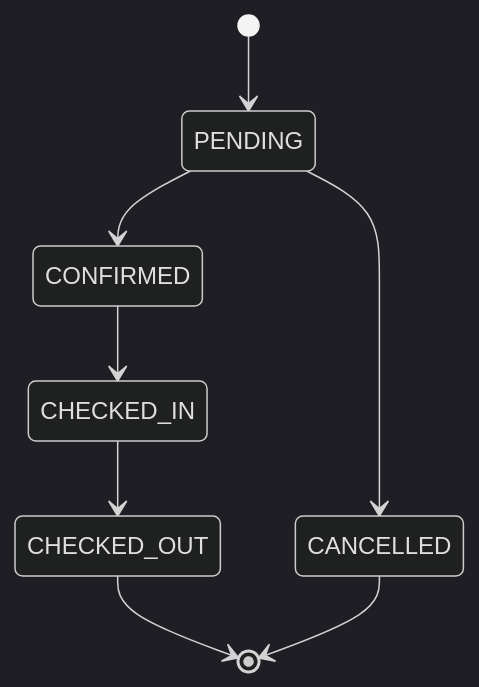
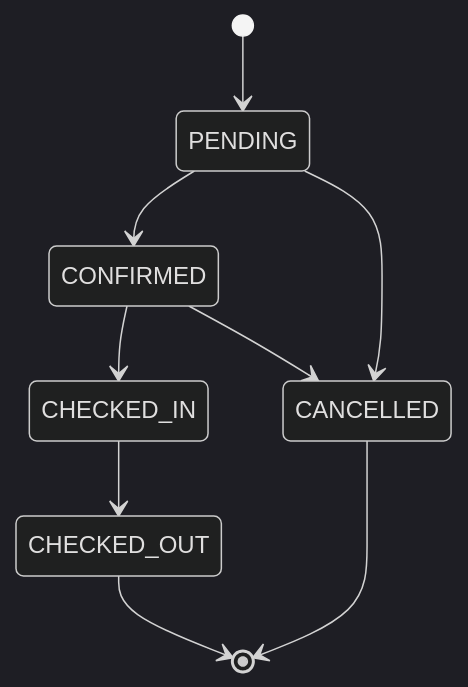
The first of 6 diagrams in docs/event-storming.md (sahdoio/guesthub), drawn with Mermaid (dark theme) before and after one commit. The commit also changed other lines of this file and 145 other files, not shown here.

````diff
--- a/docs/event-storming.md
+++ b/docs/event-storming.md
@@ -387,10 +330,11 @@
 ```mermaid
 stateDiagram-v2
     [*] --> PENDING
     PENDING --> CONFIRMED
     PENDING --> CANCELLED
     CONFIRMED --> CHECKED_IN
+    CONFIRMED --> CANCELLED
     CHECKED_IN --> CHECKED_OUT
     CHECKED_OUT --> [*]
     CANCELLED --> [*]
 ```
````
